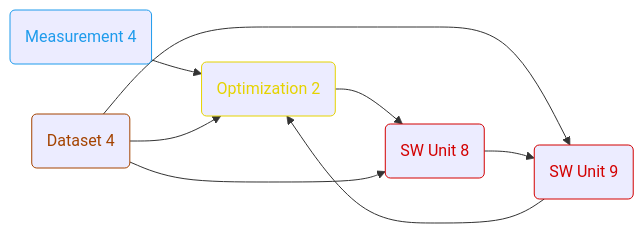
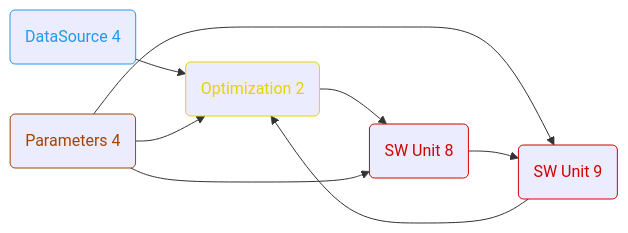
One commit to olympus-tools/ARES changed the third of 6 diagrams in README.md. Above: the diagram before and after it, drawn with Mermaid. The commit also changed other lines of this file and 8 other files, not shown here.

````diff
--- a/README.md
+++ b/README.md
@@ -123,25 +123,25 @@
 ```mermaid
 flowchart LR
     
-    MEAS4(Measurement 4) --> OPT2(Optimization 2)
-    DS4(Dataset 4) --> OPT2
+    MEAS4(DataSource 4) --> OPT2(Optimization 2)
+    PARAM4(Parameters 4) --> OPT2
     OPT2 --> SWU8(SW Unit 8)
-    DS4 --> SWU9(SW Unit 9)
-    DS4 --> SWU8
+    PARAM4 --> SWU9(SW Unit 9)
+    PARAM4 --> SWU8
     SWU8 --> SWU9
     SWU9 --> OPT2
 
-    classDef Dataset           color:#a44300, stroke:#a44300;
-    classDef Measurement        color:#1e9bec, stroke:#1e9bec;
+    classDef Parameters        color:#a44300, stroke:#a44300;
+    classDef DataSource        color:#1e9bec, stroke:#1e9bec;
     classDef SW_Unit           color:#d30000, stroke:#d30000;
     classDef Test              color:#2eb400, stroke:#2eb400;
     classDef Plot              color:#ad00d0, stroke:#ad00d0;
     classDef Optimization      color:#e5d300, stroke:#e5d300;
 
-    class DS4 Dataset;
-    class MEAS4 Measurement;
+    class PARAM4 Parameters;
+    class MEAS4 DataSource;
     class SWU8 SW_Unit;
     class SWU9 SW_Unit;
     class OPT2 Optimization;
 
 ```
````
